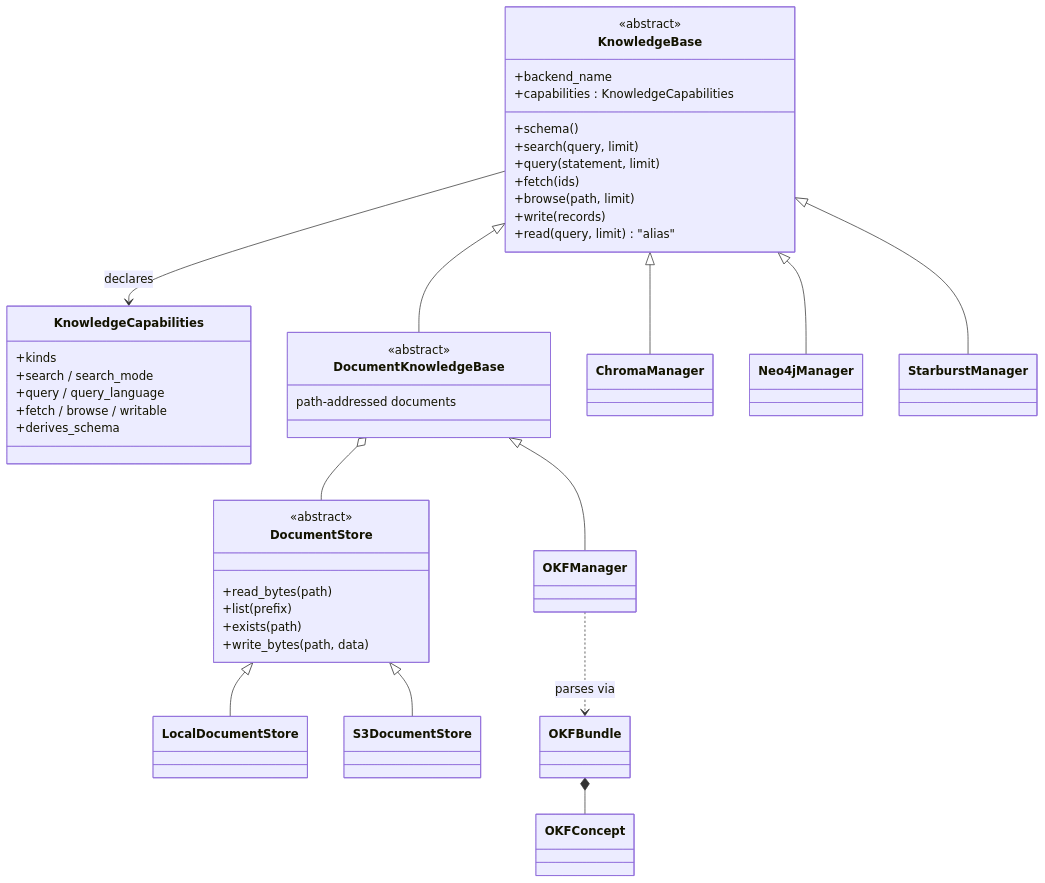
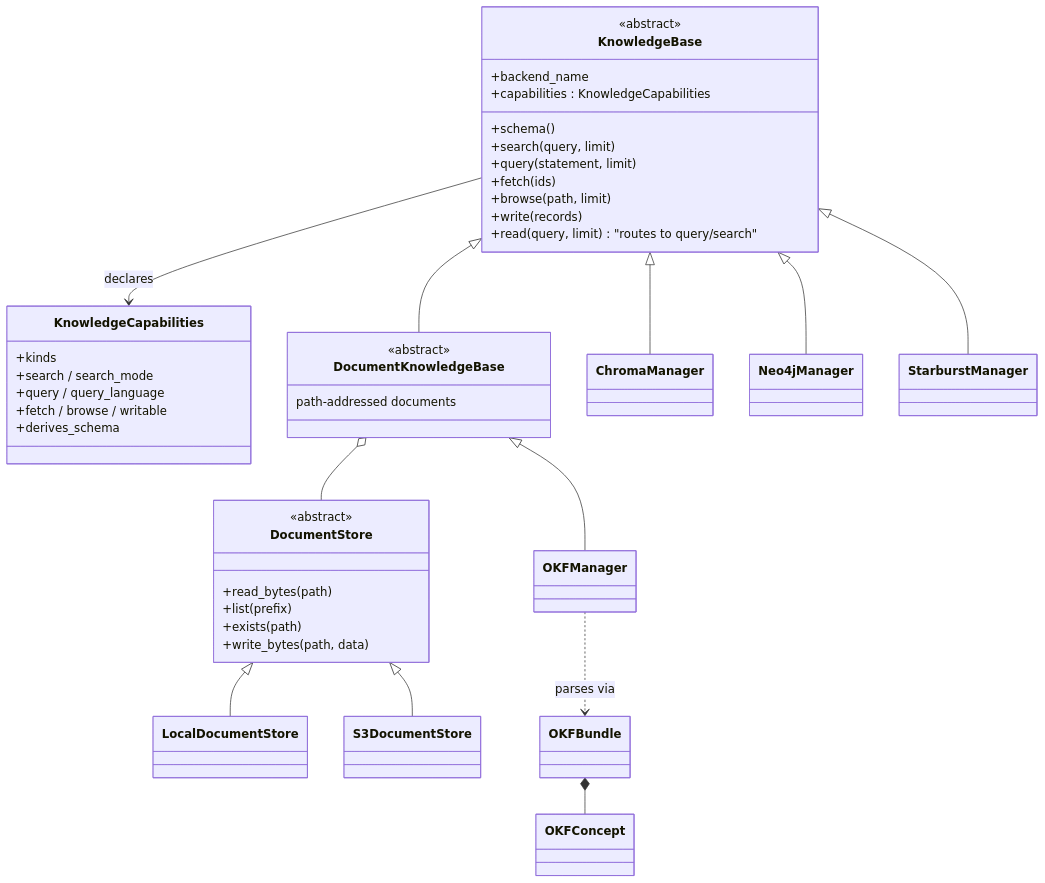
One commit to yaalalabs/agent-kernel changed the diagram in docs/specs/553-okf-knowledge-bases/design.md. Above: the diagram before and after it, drawn with Mermaid. The commit also changed other lines of this file, not shown here.

Commit message:
feat: Fix StarburstManager schema collision and enhance capabilities handling

````diff
--- a/docs/specs/553-okf-knowledge-bases/design.md
+++ b/docs/specs/553-okf-knowledge-bases/design.md
@@ -94,44 +106,44 @@
 ```mermaid
 classDiagram
     class KnowledgeBase {
         <<abstract>>
         +backend_name
         +capabilities : KnowledgeCapabilities
         +schema()
         +search(query, limit)
         +query(statement, limit)
         +fetch(ids)
         +browse(path, limit)
         +write(records)
-        +read(query, limit) "alias"
+        +read(query, limit) "routes to query/search"
     }
     class KnowledgeCapabilities {
         +kinds
         +search / search_mode
         +query / query_language
         +fetch / browse / writable
         +derives_schema
     }
     class DocumentKnowledgeBase {
         <<abstract>>
         path-addressed documents
     }
     class DocumentStore {
         <<abstract>>
         +read_bytes(path)
         +list(prefix)
         +exists(path)
         +write_bytes(path, data)
     }
     KnowledgeBase --> KnowledgeCapabilities : declares
     KnowledgeBase <|-- ChromaManager
     KnowledgeBase <|-- Neo4jManager
     KnowledgeBase <|-- StarburstManager
     KnowledgeBase <|-- DocumentKnowledgeBase
     DocumentKnowledgeBase <|-- OKFManager
     DocumentKnowledgeBase o-- DocumentStore
     DocumentStore <|-- LocalDocumentStore
     DocumentStore <|-- S3DocumentStore
     OKFManager ..> OKFBundle : parses via
     OKFBundle *-- OKFConcept
 ```
````
